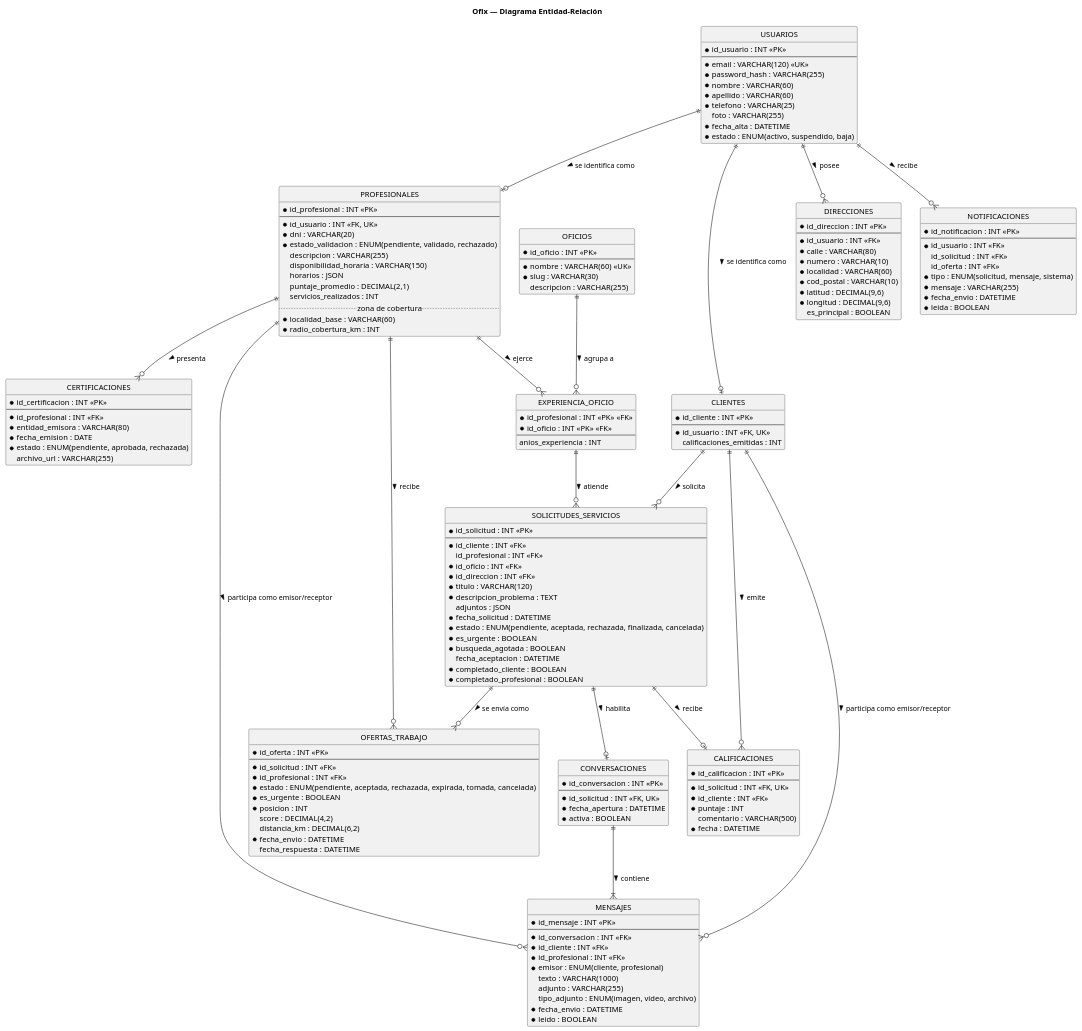
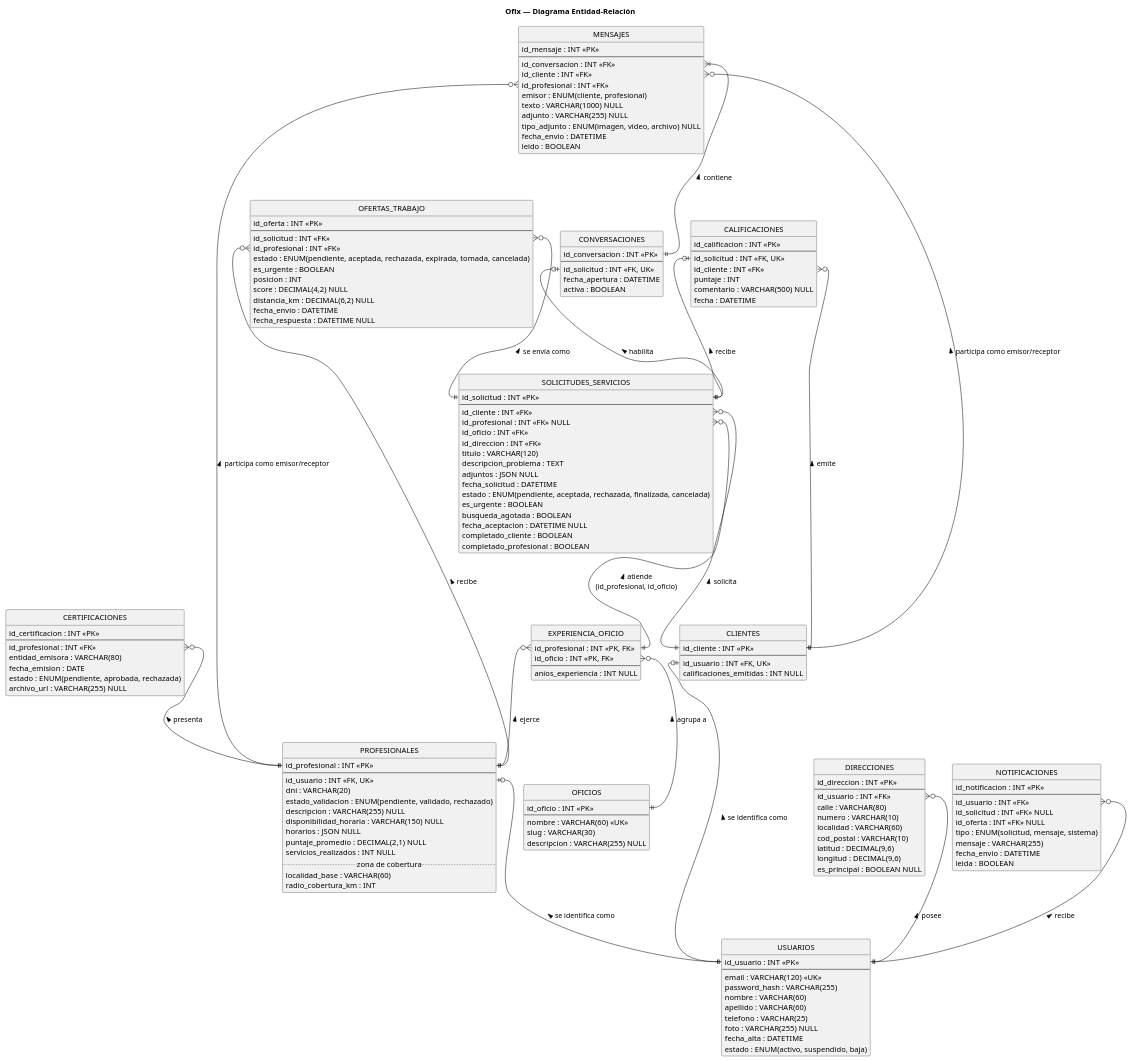
One commit to barbioc/Ofix_entrega changed the diagram in docs/entidad-relacion.puml. Above: the diagram before and after it, drawn with PlantUML. The commit also changed 15 other files, not shown here.

```diff
--- a/docs/entidad-relacion.puml
+++ b/docs/entidad-relacion.puml
@@ -1,185 +1,188 @@
 @startuml entidad-relacion
 title Ofix — Diagrama Entidad-Relación
 
 skinparam shadowing false
 skinparam defaultFontName Arial
 hide circle
 hide empty methods
 
+' Los campos que pueden quedar vacíos llevan "NULL" junto al tipo.
+' Cada flecha sale de la FK y llega a la PK que referencia.
+
 entity "USUARIOS" as usuarios {
-  *id_usuario : INT <<PK>>
+  id_usuario : INT <<PK>>
   --
-  *email : VARCHAR(120) <<UK>>
-  *password_hash : VARCHAR(255)
-  *nombre : VARCHAR(60)
-  *apellido : VARCHAR(60)
-  *telefono : VARCHAR(25)
-  foto : VARCHAR(255)
-  *fecha_alta : DATETIME
-  *estado : ENUM(activo, suspendido, baja)
+  email : VARCHAR(120) <<UK>>
+  password_hash : VARCHAR(255)
+  nombre : VARCHAR(60)
+  apellido : VARCHAR(60)
+  telefono : VARCHAR(25)
+  foto : VARCHAR(255) NULL
+  fecha_alta : DATETIME
+  estado : ENUM(activo, suspendido, baja)
 }
 
 entity "PROFESIONALES" as profesionales {
-  *id_profesional : INT <<PK>>
+  id_profesional : INT <<PK>>
   --
-  *id_usuario : INT <<FK, UK>>
-  *dni : VARCHAR(20)
-  *estado_validacion : ENUM(pendiente, validado, rechazado)
-  descripcion : VARCHAR(255)
-  disponibilidad_horaria : VARCHAR(150)
-  horarios : JSON
-  puntaje_promedio : DECIMAL(2,1)
-  servicios_realizados : INT
+  id_usuario : INT <<FK, UK>>
+  dni : VARCHAR(20)
+  estado_validacion : ENUM(pendiente, validado, rechazado)
+  descripcion : VARCHAR(255) NULL
+  disponibilidad_horaria : VARCHAR(150) NULL
+  horarios : JSON NULL
+  puntaje_promedio : DECIMAL(2,1) NULL
+  servicios_realizados : INT NULL
   .. zona de cobertura ..
-  *localidad_base : VARCHAR(60)
-  *radio_cobertura_km : INT
+  localidad_base : VARCHAR(60)
+  radio_cobertura_km : INT
 }
 
 entity "CLIENTES" as clientes {
-  *id_cliente : INT <<PK>>
+  id_cliente : INT <<PK>>
   --
-  *id_usuario : INT <<FK, UK>>
-  calificaciones_emitidas : INT
+  id_usuario : INT <<FK, UK>>
+  calificaciones_emitidas : INT NULL
 }
 
 entity "DIRECCIONES" as direcciones {
-  *id_direccion : INT <<PK>>
+  id_direccion : INT <<PK>>
   --
-  *id_usuario : INT <<FK>>
-  *calle : VARCHAR(80)
-  *numero : VARCHAR(10)
-  *localidad : VARCHAR(60)
-  *cod_postal : VARCHAR(10)
-  *latitud : DECIMAL(9,6)
-  *longitud : DECIMAL(9,6)
-  es_principal : BOOLEAN
+  id_usuario : INT <<FK>>
+  calle : VARCHAR(80)
+  numero : VARCHAR(10)
+  localidad : VARCHAR(60)
+  cod_postal : VARCHAR(10)
+  latitud : DECIMAL(9,6)
+  longitud : DECIMAL(9,6)
+  es_principal : BOOLEAN NULL
 }
 
 entity "NOTIFICACIONES" as notificaciones {
-  *id_notificacion : INT <<PK>>
+  id_notificacion : INT <<PK>>
   --
-  *id_usuario : INT <<FK>>
-  id_solicitud : INT <<FK>>
-  id_oferta : INT <<FK>>
-  *tipo : ENUM(solicitud, mensaje, sistema)
-  *mensaje : VARCHAR(255)
-  *fecha_envio : DATETIME
-  *leida : BOOLEAN
+  id_usuario : INT <<FK>>
+  id_solicitud : INT <<FK>> NULL
+  id_oferta : INT <<FK>> NULL
+  tipo : ENUM(solicitud, mensaje, sistema)
+  mensaje : VARCHAR(255)
+  fecha_envio : DATETIME
+  leida : BOOLEAN
 }
 
 entity "OFICIOS" as oficios {
-  *id_oficio : INT <<PK>>
+  id_oficio : INT <<PK>>
   --
-  *nombre : VARCHAR(60) <<UK>>
-  *slug : VARCHAR(30)
-  descripcion : VARCHAR(255)
+  nombre : VARCHAR(60) <<UK>>
+  slug : VARCHAR(30)
+  descripcion : VARCHAR(255) NULL
 }
 
 entity "CERTIFICACIONES" as certificaciones {
-  *id_certificacion : INT <<PK>>
+  id_certificacion : INT <<PK>>
   --
-  *id_profesional : INT <<FK>>
-  *entidad_emisora : VARCHAR(80)
-  *fecha_emision : DATE
-  *estado : ENUM(pendiente, aprobada, rechazada)
-  archivo_url : VARCHAR(255)
+  id_profesional : INT <<FK>>
+  entidad_emisora : VARCHAR(80)
+  fecha_emision : DATE
+  estado : ENUM(pendiente, aprobada, rechazada)
+  archivo_url : VARCHAR(255) NULL
 }
 
 entity "EXPERIENCIA_OFICIO" as experiencia {
-  *id_profesional : INT <<PK>> <<FK>>
-  *id_oficio : INT <<PK>> <<FK>>
+  id_profesional : INT <<PK, FK>>
+  id_oficio : INT <<PK, FK>>
   --
-  anios_experiencia : INT
+  anios_experiencia : INT NULL
 }
 
 entity "SOLICITUDES_SERVICIOS" as solicitudes {
-  *id_solicitud : INT <<PK>>
+  id_solicitud : INT <<PK>>
   --
-  *id_cliente : INT <<FK>>
-  id_profesional : INT <<FK>>
-  *id_oficio : INT <<FK>>
-  *id_direccion : INT <<FK>>
-  *titulo : VARCHAR(120)
-  *descripcion_problema : TEXT
-  adjuntos : JSON
-  *fecha_solicitud : DATETIME
-  *estado : ENUM(pendiente, aceptada, rechazada, finalizada, cancelada)
-  *es_urgente : BOOLEAN
-  *busqueda_agotada : BOOLEAN
-  fecha_aceptacion : DATETIME
-  *completado_cliente : BOOLEAN
-  *completado_profesional : BOOLEAN
+  id_cliente : INT <<FK>>
+  id_profesional : INT <<FK>> NULL
+  id_oficio : INT <<FK>>
+  id_direccion : INT <<FK>>
+  titulo : VARCHAR(120)
+  descripcion_problema : TEXT
+  adjuntos : JSON NULL
+  fecha_solicitud : DATETIME
+  estado : ENUM(pendiente, aceptada, rechazada, finalizada, cancelada)
+  es_urgente : BOOLEAN
+  busqueda_agotada : BOOLEAN
+  fecha_aceptacion : DATETIME NULL
+  completado_cliente : BOOLEAN
+  completado_profesional : BOOLEAN
 }
 
 entity "OFERTAS_TRABAJO" as ofertas {
-  *id_oferta : INT <<PK>>
+  id_oferta : INT <<PK>>
   --
-  *id_solicitud : INT <<FK>>
-  *id_profesional : INT <<FK>>
-  *estado : ENUM(pendiente, aceptada, rechazada, expirada, tomada, cancelada)
-  *es_urgente : BOOLEAN
-  *posicion : INT
-  score : DECIMAL(4,2)
-  distancia_km : DECIMAL(6,2)
-  *fecha_envio : DATETIME
-  fecha_respuesta : DATETIME
+  id_solicitud : INT <<FK>>
+  id_profesional : INT <<FK>>
+  estado : ENUM(pendiente, aceptada, rechazada, expirada, tomada, cancelada)
+  es_urgente : BOOLEAN
+  posicion : INT
+  score : DECIMAL(4,2) NULL
+  distancia_km : DECIMAL(6,2) NULL
+  fecha_envio : DATETIME
+  fecha_respuesta : DATETIME NULL
 }
 
 entity "CONVERSACIONES" as conversaciones {
-  *id_conversacion : INT <<PK>>
+  id_conversacion : INT <<PK>>
   --
-  *id_solicitud : INT <<FK, UK>>
-  *fecha_apertura : DATETIME
-  *activa : BOOLEAN
+  id_solicitud : INT <<FK, UK>>
+  fecha_apertura : DATETIME
+  activa : BOOLEAN
 }
 
 entity "CALIFICACIONES" as calificaciones {
-  *id_calificacion : INT <<PK>>
+  id_calificacion : INT <<PK>>
   --
-  *id_solicitud : INT <<FK, UK>>
-  *id_cliente : INT <<FK>>
-  *puntaje : INT
-  comentario : VARCHAR(500)
-  *fecha : DATETIME
+  id_solicitud : INT <<FK, UK>>
+  id_cliente : INT <<FK>>
+  puntaje : INT
+  comentario : VARCHAR(500) NULL
+  fecha : DATETIME
 }
 
 entity "MENSAJES" as mensajes {
-  *id_mensaje : INT <<PK>>
+  id_mensaje : INT <<PK>>
   --
-  *id_conversacion : INT <<FK>>
-  *id_cliente : INT <<FK>>
-  *id_profesional : INT <<FK>>
-  *emisor : ENUM(cliente, profesional)
-  texto : VARCHAR(1000)
-  adjunto : VARCHAR(255)
-  tipo_adjunto : ENUM(imagen, video, archivo)
-  *fecha_envio : DATETIME
-  *leido : BOOLEAN
+  id_conversacion : INT <<FK>>
+  id_cliente : INT <<FK>>
+  id_profesional : INT <<FK>>
+  emisor : ENUM(cliente, profesional)
+  texto : VARCHAR(1000) NULL
+  adjunto : VARCHAR(255) NULL
+  tipo_adjunto : ENUM(imagen, video, archivo) NULL
+  fecha_envio : DATETIME
+  leido : BOOLEAN
 }
 
 ' --- Usuarios
-usuarios ||--o| profesionales : se identifica como >
-usuarios ||--o{ direcciones : posee >
-usuarios ||--o| clientes : se identifica como >
-usuarios ||--o{ notificaciones : recibe >
+profesionales::id_usuario |o--|| usuarios::id_usuario : < se identifica como
+direcciones::id_usuario }o--|| usuarios::id_usuario : < posee
+clientes::id_usuario |o--|| usuarios::id_usuario : < se identifica como
+notificaciones::id_usuario }o--|| usuarios::id_usuario : < recibe
 
 ' --- Profesionales y oficios
-profesionales ||--o{ certificaciones : presenta >
-profesionales ||--o{ experiencia : ejerce >
-oficios ||--o{ experiencia : agrupa a >
+certificaciones::id_profesional }o--|| profesionales::id_profesional : < presenta
+experiencia::id_profesional }o--|| profesionales::id_profesional : < ejerce
+experiencia::id_oficio }o--|| oficios::id_oficio : < agrupa a
 
 ' --- Solicitudes
-clientes ||--o{ solicitudes : solicita >
-experiencia ||--o{ solicitudes : atiende >
-solicitudes ||--o{ ofertas : se envía como >
-profesionales ||--o{ ofertas : recibe >
-solicitudes ||--o| conversaciones : habilita >
-solicitudes ||--o| calificaciones : recibe >
-clientes ||--o{ calificaciones : emite >
+solicitudes::id_cliente }o--|| clientes::id_cliente : < solicita
+solicitudes::id_profesional }o--|| experiencia::id_profesional : < atiende\n(id_profesional, id_oficio)
+ofertas::id_solicitud }o--|| solicitudes::id_solicitud : < se envía como
+ofertas::id_profesional }o--|| profesionales::id_profesional : < recibe
+conversaciones::id_solicitud |o--|| solicitudes::id_solicitud : < habilita
+calificaciones::id_solicitud |o--|| solicitudes::id_solicitud : < recibe
+calificaciones::id_cliente }o--|| clientes::id_cliente : < emite
 
 ' --- Chat
-conversaciones ||--|{ mensajes : contiene >
-profesionales ||--o{ mensajes : participa como emisor/receptor >
-clientes ||--o{ mensajes : participa como emisor/receptor >
+mensajes::id_conversacion }|--|| conversaciones::id_conversacion : < contiene
+mensajes::id_profesional }o--|| profesionales::id_profesional : < participa como emisor/receptor
+mensajes::id_cliente }o--|| clientes::id_cliente : < participa como emisor/receptor
 
 @enduml
```
